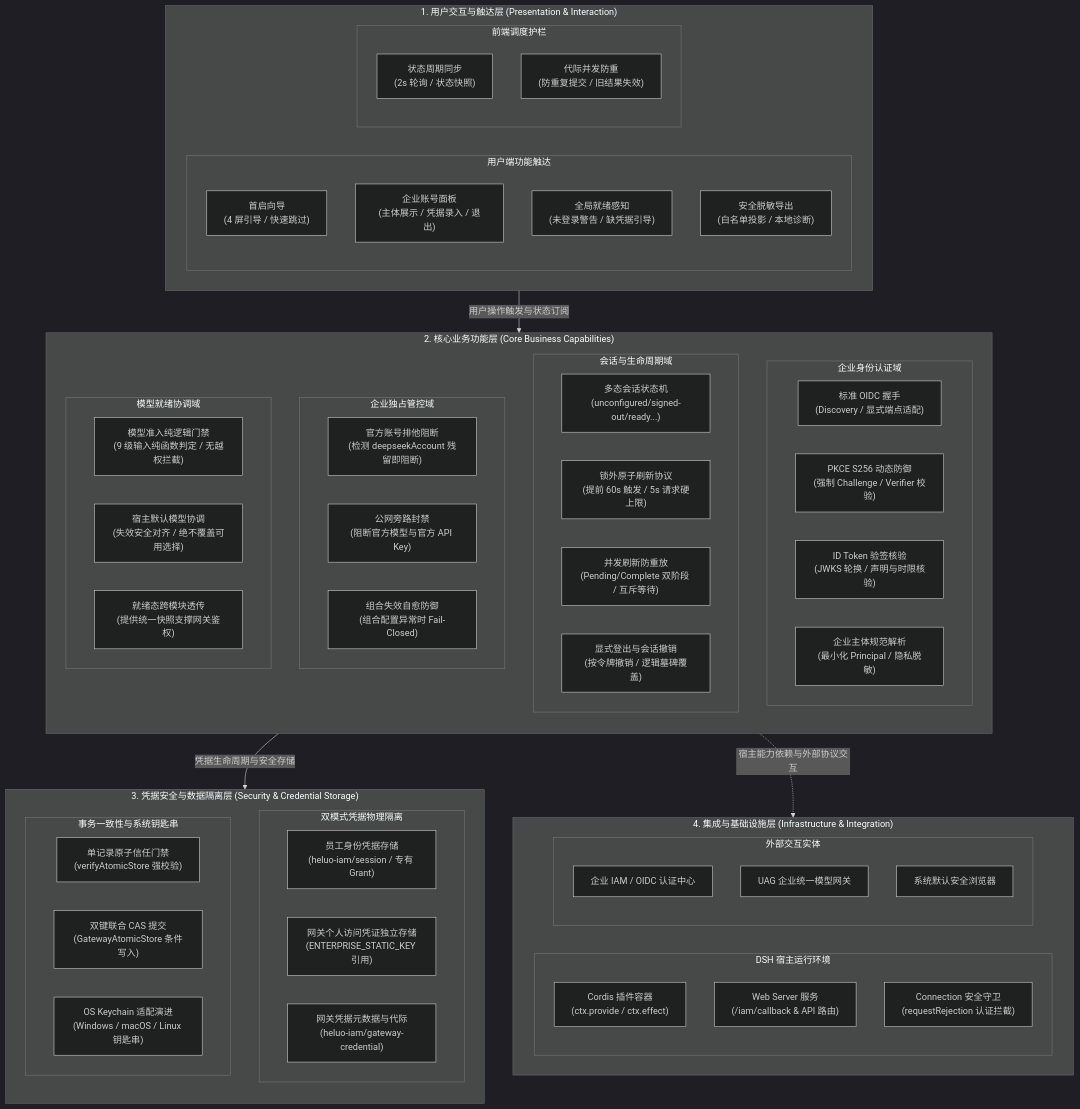
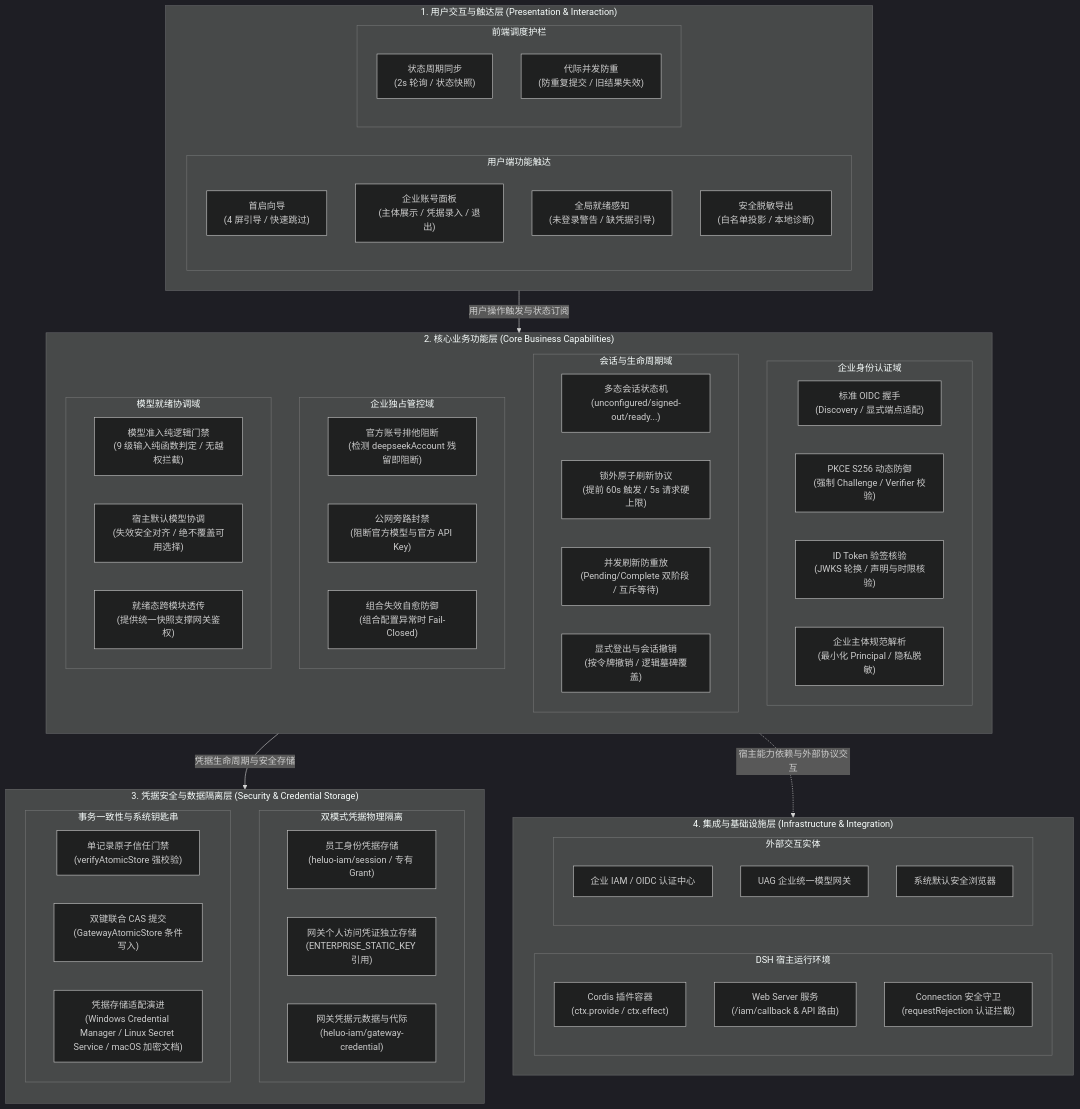
Before and after one commit to hrygo/heluo-forge: the first of 6 diagrams in docs/design/plugins/forge-iam.md, drawn with Mermaid (dark theme). The commit also changed other lines of this file and 20 other files, not shown here.

```diff
--- a/docs/design/plugins/forge-iam.md
+++ b/docs/design/plugins/forge-iam.md
@@ -175,7 +175,7 @@
       direction LR
       F_AtomicCheck["单记录原子信任门禁<br/>(verifyAtomicStore 强校验)"]
       F_GatewayCAS["双键联合 CAS 提交<br/>(GatewayAtomicStore 条件写入)"]
-      F_Keychain["OS Keychain 适配演进<br/>(Windows / macOS / Linux 钥匙串)"]
+      F_Keychain["凭据存储适配演进<br/>(Windows Credential Manager / Linux Secret Service / macOS 加密文档)"]
     end
   end
 
```
